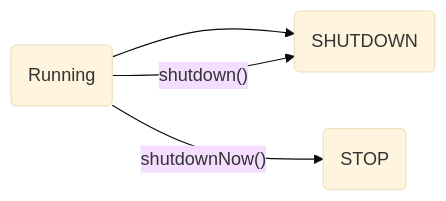
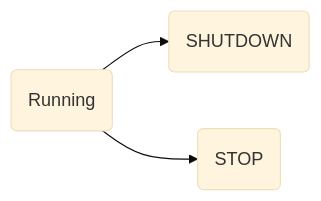
The diagram in _posts/java/javase/2021-06-07-11-thread-pool.md (kekaiyuan/resource), drawn with Mermaid (base theme) before and after one commit. The commit also changed other lines of this file, not shown here.

```diff
--- a/_posts/java/javase/2021-06-07-11-thread-pool.md
+++ b/_posts/java/javase/2021-06-07-11-thread-pool.md
@@ -56,6 +56,5 @@
 <div class="mermaid">
 graph LR;
 A(Running) --> B1(SHUTDOWN)
-A(Running) --"shutdown()"--> B1(SHUTDOWN)
-A --"shutdownNow()"--> B2(STOP)
+A --> B2(STOP)
 </div>
```
